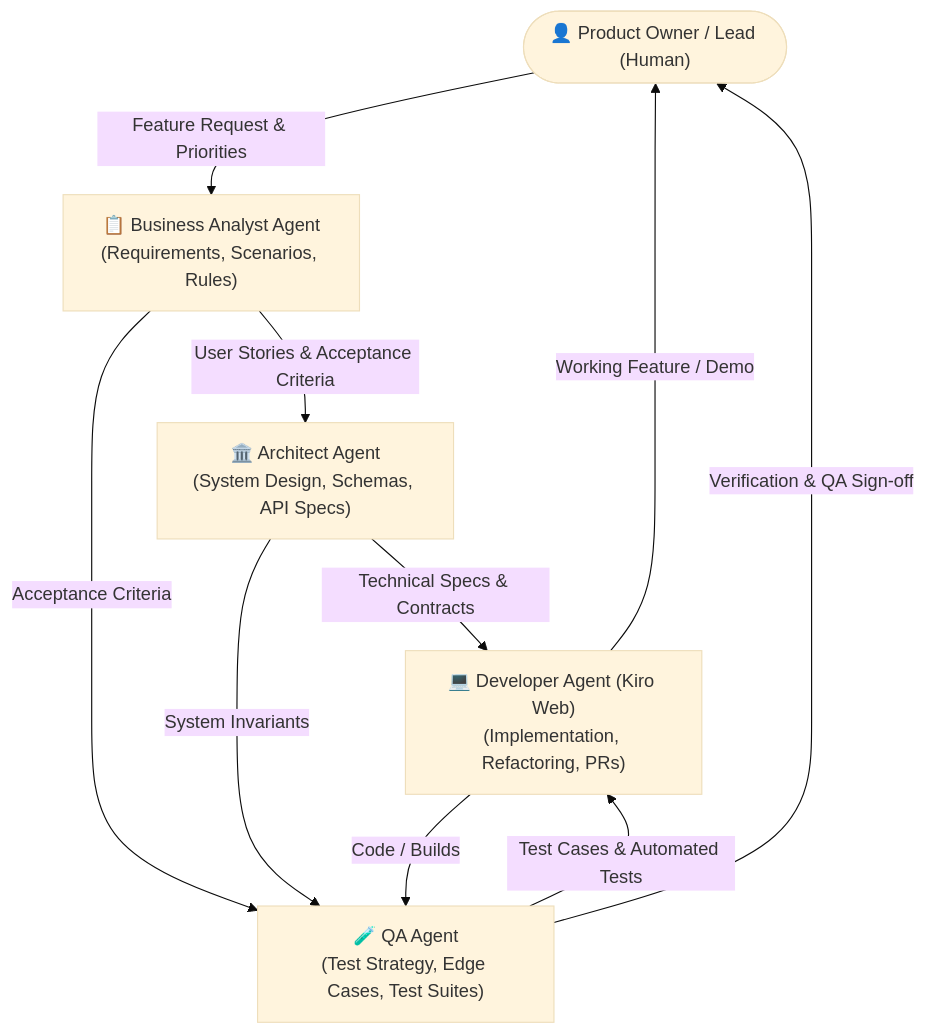
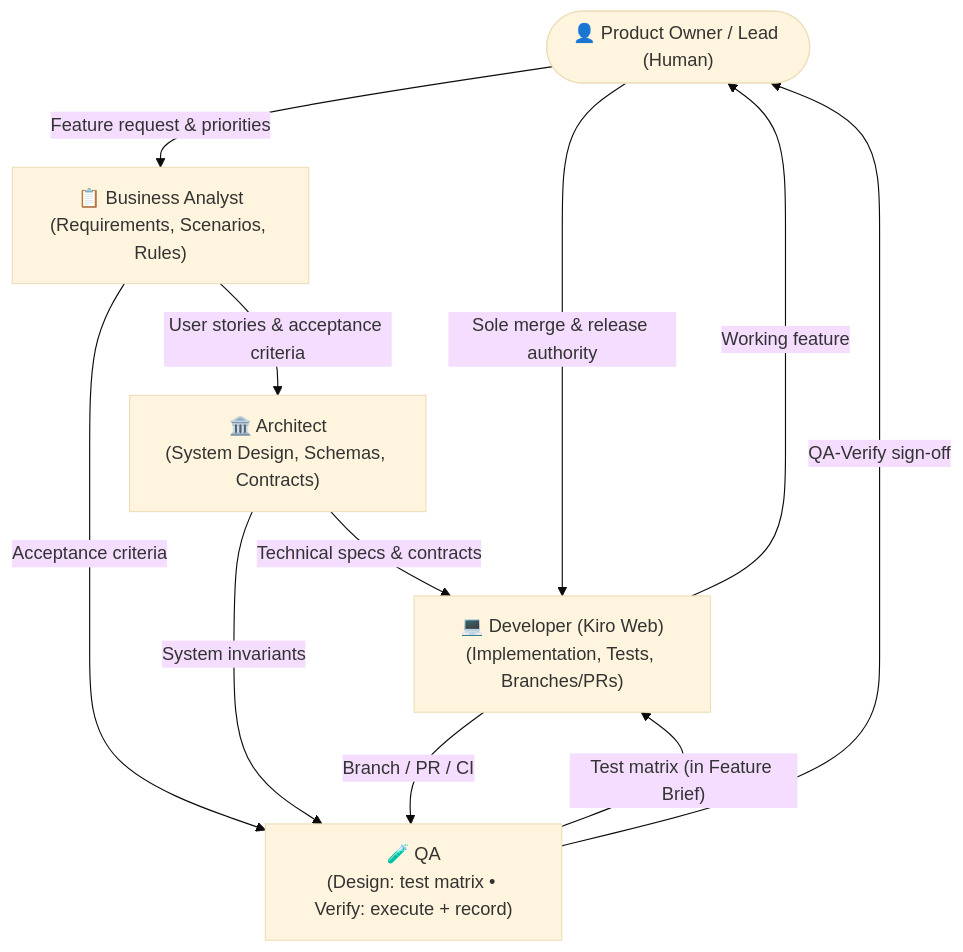
One commit to vteial/saranidhi changed the first of 4 diagrams in AI_COLLABORATION_FRAMEWORK.md. Above: the diagram before and after it, drawn with Mermaid (base theme). The commit also changed other lines of this file and 1 other file, not shown here.

````diff
--- a/AI_COLLABORATION_FRAMEWORK.md
+++ b/AI_COLLABORATION_FRAMEWORK.md
@@ -9,18 +17,19 @@
 ```mermaid
 flowchart TD
     User(["👤 Product Owner / Lead (Human)"])
-    BA["📋 Business Analyst Agent\n(Requirements, Scenarios, Rules)"]
-    Arch["🏛️ Architect Agent\n(System Design, Schemas, API Specs)"]
-    QA["🧪 QA Agent\n(Test Strategy, Edge Cases, Test Suites)"]
-    Kiro["💻 Developer Agent (Kiro Web)\n(Implementation, Refactoring, PRs)"]
+    BA["📋 Business Analyst\n(Requirements, Scenarios, Rules)"]
+    Arch["🏛️ Architect\n(System Design, Schemas, Contracts)"]
+    QA["🧪 QA\n(Design: test matrix • Verify: execute + record)"]
+    Dev["💻 Developer (Kiro Web)\n(Implementation, Tests, Branches/PRs)"]
 
-    User -->|"Feature Request & Priorities"| BA
-    BA -->|"User Stories & Acceptance Criteria"| Arch
-    Arch -->|"Technical Specs & Contracts"| Kiro
-    BA -->|"Acceptance Criteria"| QA
-    Arch -->|"System Invariants"| QA
-    QA -->|"Test Cases & Automated Tests"| Kiro
-    Kiro -->|"Code / Builds"| QA
-    QA -->|"Verification & QA Sign-off"| User
-    Kiro -->|"Working Feature / Demo"| User
+    User -->|"Feature request & priorities"| BA
+    BA -->|"User stories & acceptance criteria"| Arch
+    Arch -->|"Technical specs & contracts"| Dev
+    BA -->|"Acceptance criteria"| QA
+    Arch -->|"System invariants"| QA
+    QA -->|"Test matrix (in Feature Brief)"| Dev
+    Dev -->|"Branch / PR / CI"| QA
+    QA -->|"QA-Verify sign-off"| User
+    Dev -->|"Working feature"| User
+    User -->|"Sole merge & release authority"| Dev
 ```
````
